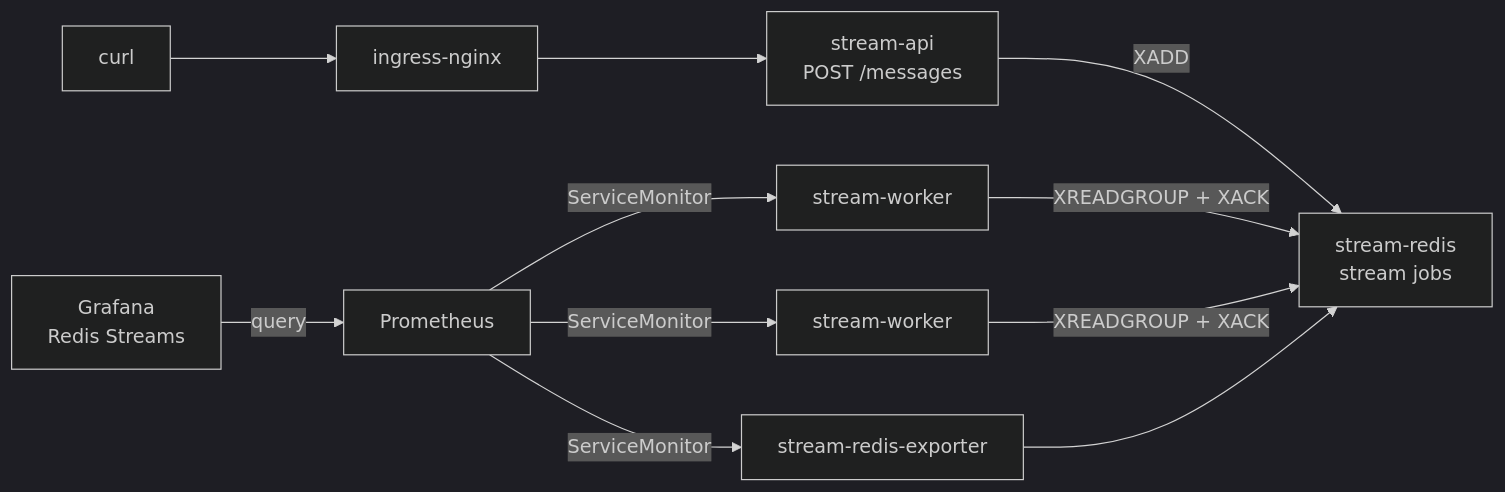
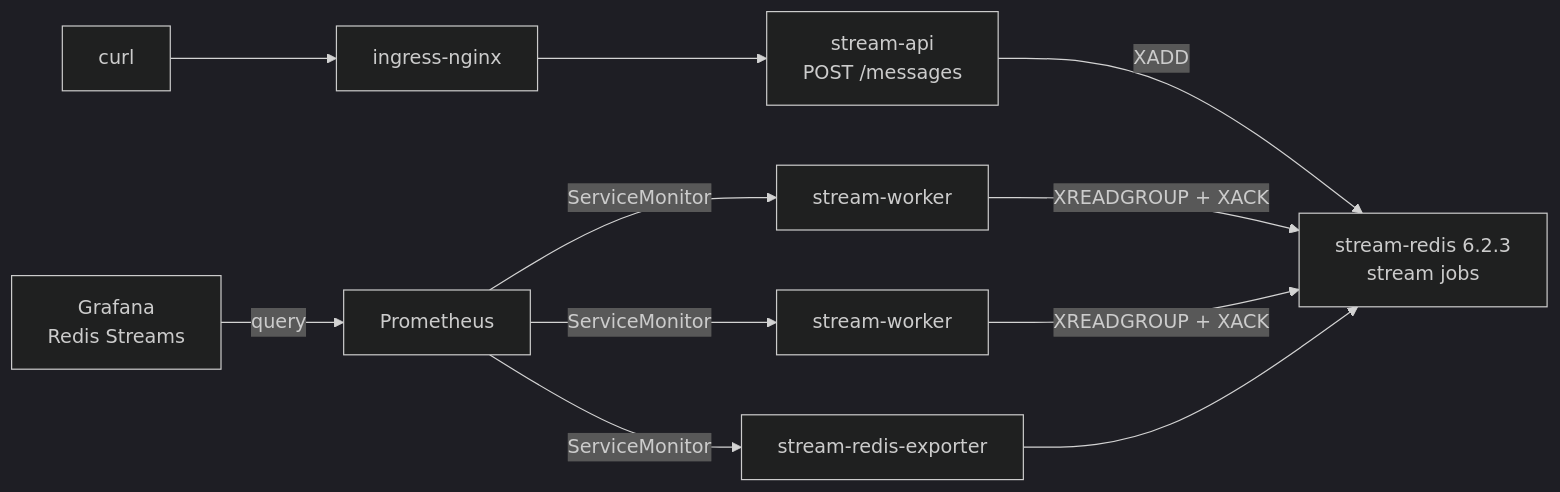
One commit to youssefshibl/k8s-labs changed the diagram in lab9/README.md. Above: the diagram before and after it, drawn with Mermaid (dark theme). The commit also changed other lines of this file and 5 other files, not shown here.

````diff
--- a/lab9/README.md
+++ b/lab9/README.md
@@ -32,22 +32,22 @@
 ```mermaid
 flowchart LR
   Client["curl"]
   IC["ingress-nginx"]
   API["stream-api<br/>POST /messages"]
-  Redis["stream-redis<br/>stream jobs"]
+  Redis["stream-redis 6.2.3<br/>stream jobs"]
   W1["stream-worker"]
   W2["stream-worker"]
   Exp["stream-redis-exporter"]
   Prom["Prometheus"]
   Graf["Grafana<br/>Redis Streams"]
 
   Client --> IC --> API
   API -->|"XADD"| Redis
   W1 -->|"XREADGROUP + XACK"| Redis
   W2 -->|"XREADGROUP + XACK"| Redis
   Exp --> Redis
   Prom -->|ServiceMonitor| Exp
   Prom -->|ServiceMonitor| W1
   Prom -->|ServiceMonitor| W2
   Graf -->|query| Prom
 ```
````
